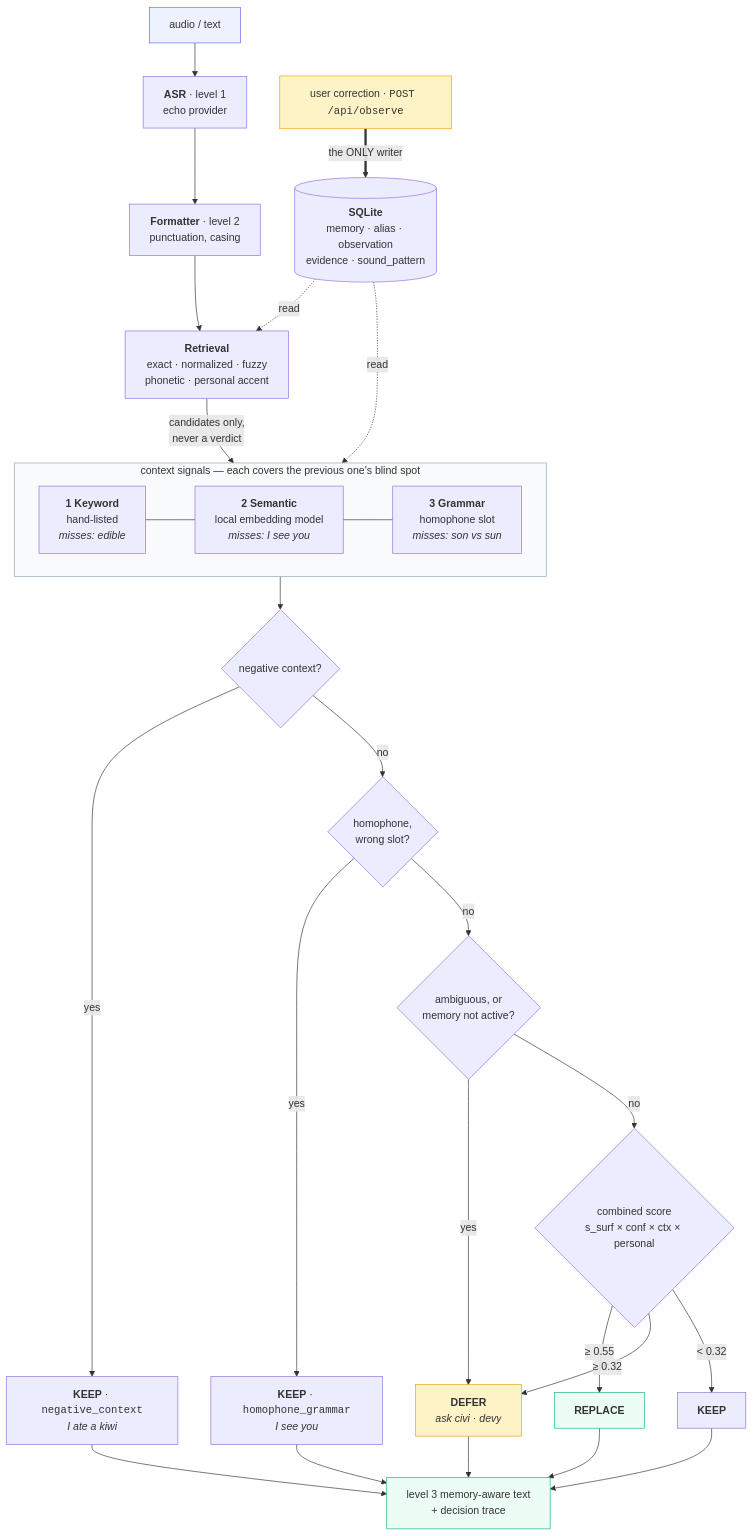
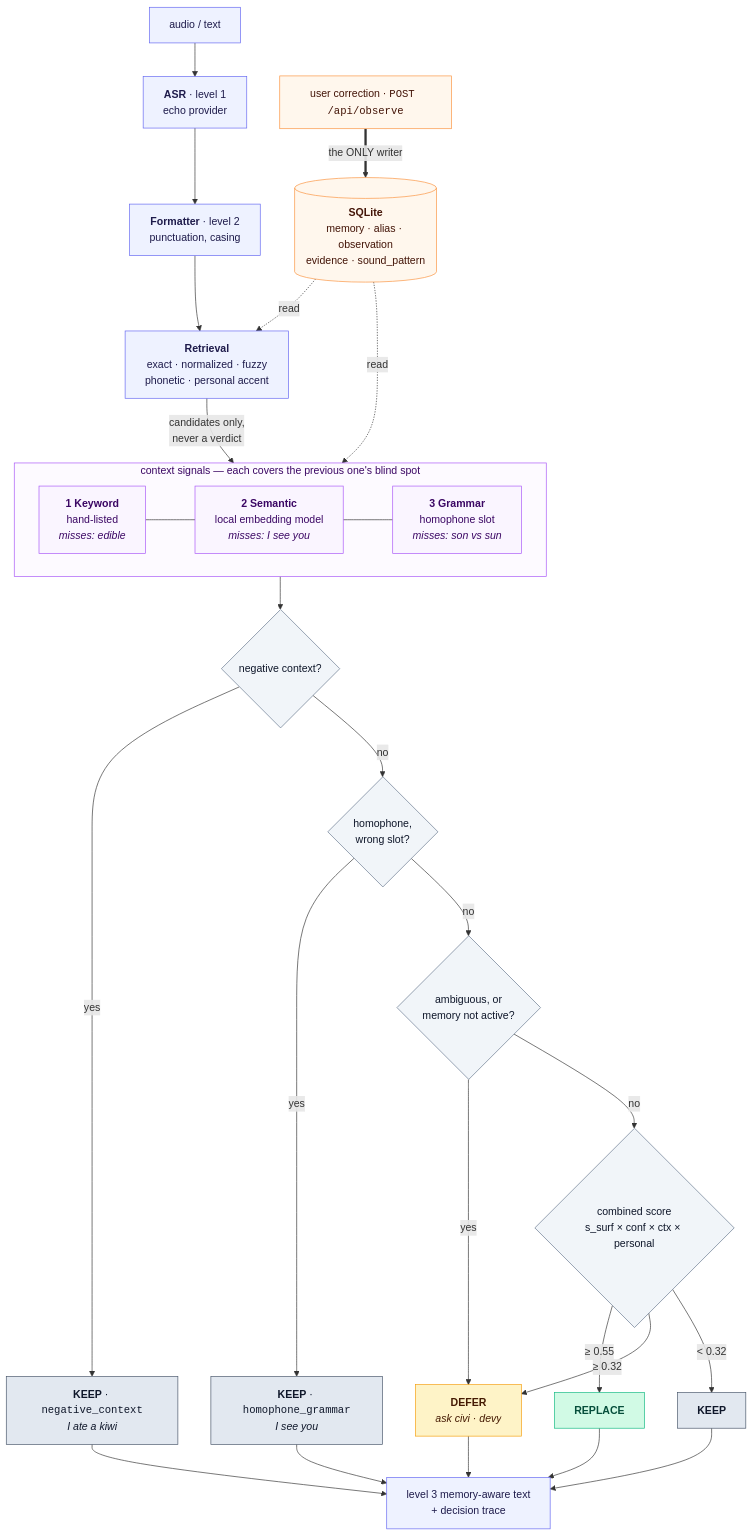
One commit to kailash-git/Sarvam_AI_Internship_Task changed the diagram in README.md. Above: the diagram before and after it, drawn with Mermaid.

Commit message:
Finally Updated README

````diff
--- a/README.md
+++ b/README.md
@@ -27,44 +27,54 @@
 ```mermaid
 flowchart TD
     A["audio / text"] --> B["<b>ASR</b> · level 1<br/>echo provider"]
     B --> C["<b>Formatter</b> · level 2<br/>punctuation, casing"]
     C --> D["<b>Retrieval</b><br/>exact · normalized · fuzzy<br/>phonetic · personal accent"]
     D -->|"candidates only,<br/>never a verdict"| S
 
     subgraph S ["context signals — each covers the previous one's blind spot"]
         direction LR
         S1["<b>1 Keyword</b><br/>hand-listed<br/><i>misses: edible</i>"]
         S2["<b>2 Semantic</b><br/>local embedding model<br/><i>misses: I see you</i>"]
         S3["<b>3 Grammar</b><br/>homophone slot<br/><i>misses: son vs sun</i>"]
         S1 --- S2 --- S3
     end
 
     S --> G1{"negative context?"}
     G1 -->|yes| K1["<b>KEEP</b> · <code>negative_context</code><br/><i>I ate a kiwi</i>"]
     G1 -->|no| G2{"homophone,<br/>wrong slot?"}
     G2 -->|yes| K2["<b>KEEP</b> · <code>homophone_grammar</code><br/><i>I see you</i>"]
     G2 -->|no| G3{"ambiguous, or<br/>memory not active?"}
     G3 -->|yes| DF["<b>DEFER</b><br/><i>ask civi · devy</i>"]
     G3 -->|no| BAND{"combined score<br/>s_surf × conf × ctx × personal"}
     BAND -->|"&ge; 0.55"| RP["<b>REPLACE</b>"]
     BAND -->|"&ge; 0.32"| DF
     BAND -->|"&lt; 0.32"| K3["<b>KEEP</b>"]
 
     RP --> OUT["level 3 memory-aware text<br/>+ decision trace"]
     DF --> OUT
     K1 --> OUT
     K2 --> OUT
     K3 --> OUT
 
     DB[("<b>SQLite</b><br/>memory · alias · observation<br/>evidence · sound_pattern")]
     DB -.->|read| D
     DB -.->|read| S
     U["user correction · <code>POST /api/observe</code>"] ==>|"the ONLY writer"| DB
 
-    style A fill:#eef2ff,stroke:#6366f1
-    style OUT fill:#ecfdf5,stroke:#10b981
-    style RP fill:#ecfdf5,stroke:#10b981
-    style DF fill:#fef3c7,stroke:#f59e0b
-    style U fill:#fef3c7,stroke:#f59e0b
-    style S fill:#f8fafc,stroke:#94a3b8
+    classDef step  fill:#eef2ff,stroke:#6366f1,color:#1e1b4b
+    classDef gate  fill:#f1f5f9,stroke:#64748b,color:#0f172a
+    classDef keep  fill:#e2e8f0,stroke:#475569,color:#0f172a
+    classDef defer fill:#fef3c7,stroke:#f59e0b,color:#451a03
+    classDef rep   fill:#d1fae5,stroke:#10b981,color:#064e3b
+    classDef sig   fill:#faf5ff,stroke:#a855f7,color:#3b0764
+    classDef store fill:#fff7ed,stroke:#fb923c,color:#431407
+
+    class A,B,C,D,OUT step
+    class G1,G2,G3,BAND gate
+    class K1,K2,K3 keep
+    class DF defer
+    class RP rep
+    class S1,S2,S3 sig
+    class DB,U store
+    style S fill:#fdfaff,stroke:#a855f7,color:#3b0764
 ```
````
